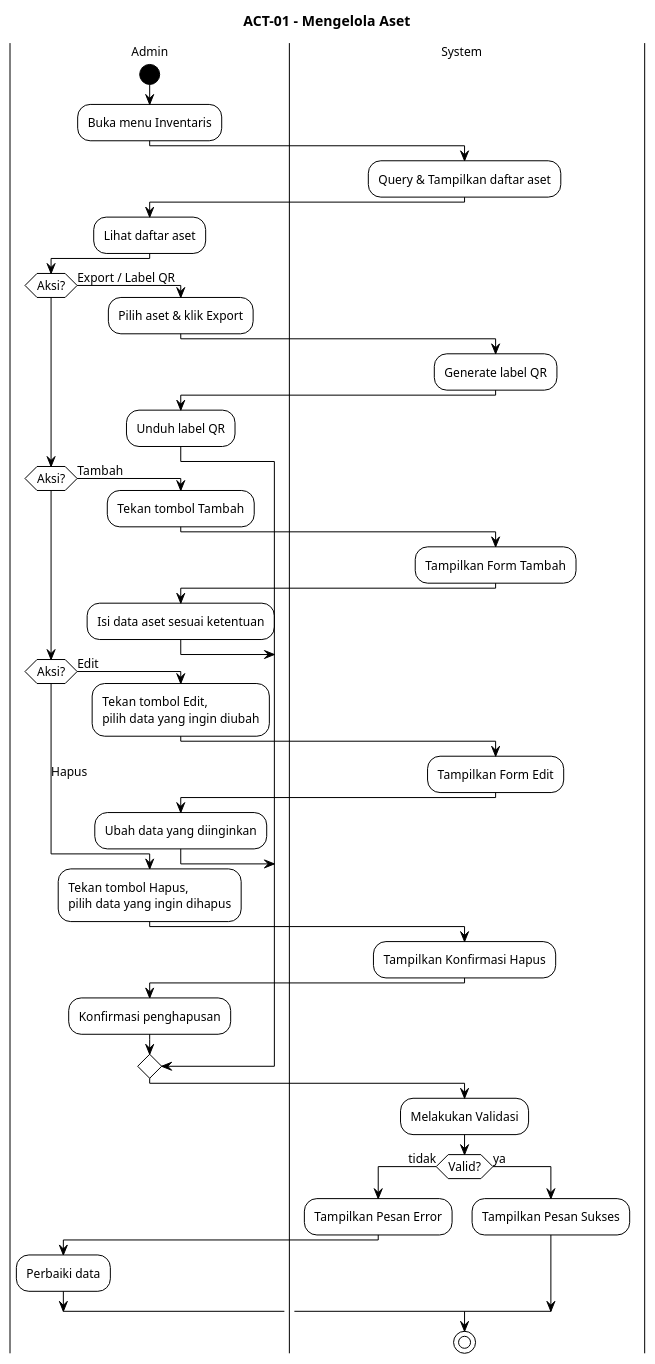
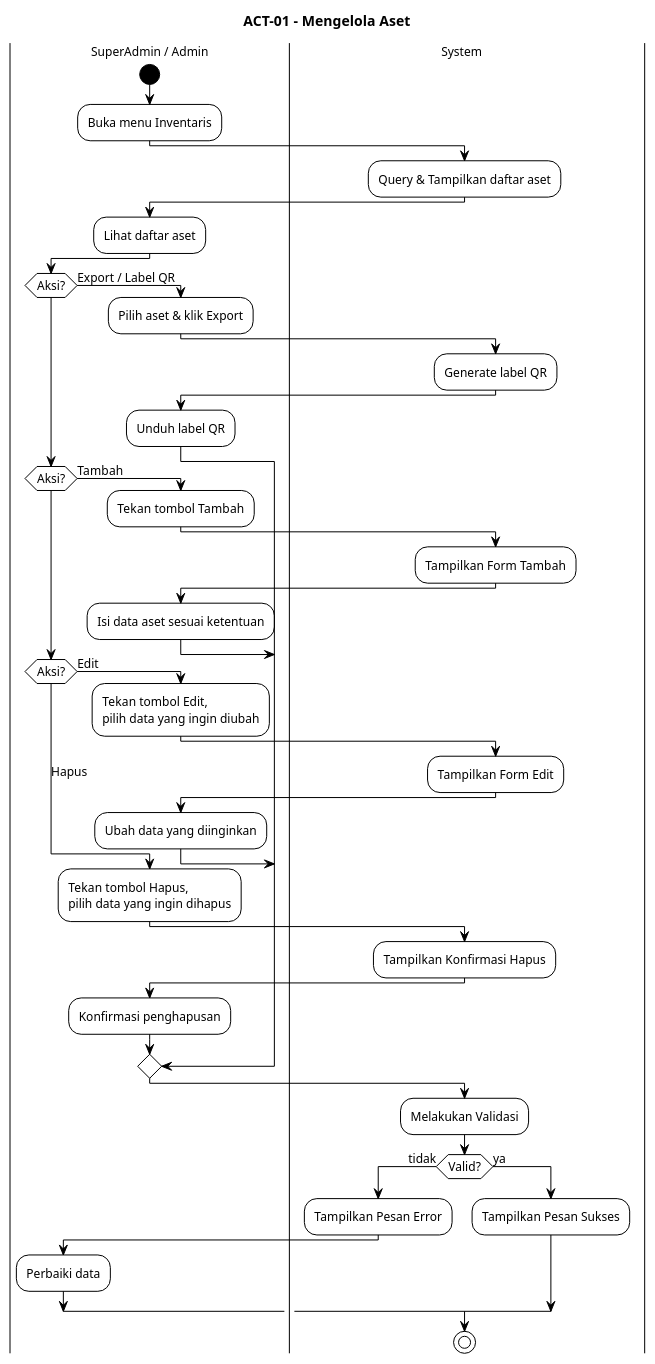
The diagram in docs/inventaris/activity/ACT_01_MENGELOLA_ASET.puml (Habiboys/SILAB-DSI), drawn with PlantUML before and after one commit. The commit also changed 126 other files, not shown here.

```diff
--- a/docs/inventaris/activity/ACT_01_MENGELOLA_ASET.puml
+++ b/docs/inventaris/activity/ACT_01_MENGELOLA_ASET.puml
@@ -1,64 +1,64 @@
 @startuml ACT_01_MENGELOLA_ASET
 !theme plain
 !pragma useVerticalIf on
 scale max 1600 width
 skinparam wrapWidth 200
 skinparam defaultFontSize 12
 skinparam TitleFontSize 14
 skinparam swimlaneWidth 260
 skinparam ActivityStartColor black
 skinparam ActivityEndColor black
 skinparam ConditionEndStyle hline
 
 title ACT-01 - Mengelola Aset
 
-|Admin|
+|SuperAdmin / Admin|
 |System|
 
-|Admin|
+|SuperAdmin / Admin|
 start
 :Buka menu Inventaris;
 |System|
 :Query & Tampilkan daftar aset;
-|Admin|
+|SuperAdmin / Admin|
 :Lihat daftar aset;
 
 if (Aksi?) then (Export / Label QR)
   :Pilih aset & klik Export;
   |System|
   :Generate label QR;
-  |Admin|
+  |SuperAdmin / Admin|
   :Unduh label QR;
 elseif (Aksi?) then (Tambah)
   :Tekan tombol Tambah;
   |System|
   :Tampilkan Form Tambah;
-  |Admin|
+  |SuperAdmin / Admin|
   :Isi data aset sesuai ketentuan;
 elseif (Aksi?) then (Edit)
   :Tekan tombol Edit,\npilih data yang ingin diubah;
   |System|
   :Tampilkan Form Edit;
-  |Admin|
+  |SuperAdmin / Admin|
   :Ubah data yang diinginkan;
 else (Hapus)
   :Tekan tombol Hapus,\npilih data yang ingin dihapus;
   |System|
   :Tampilkan Konfirmasi Hapus;
-  |Admin|
+  |SuperAdmin / Admin|
   :Konfirmasi penghapusan;
 endif
 
 |System|
 :Melakukan Validasi;
 if (Valid?) then (tidak)
   :Tampilkan Pesan Error;
-  |Admin|
+  |SuperAdmin / Admin|
   :Perbaiki data;
   |System|
 else (ya)
   :Tampilkan Pesan Sukses;
 endif
 
 stop
 @enduml
```
